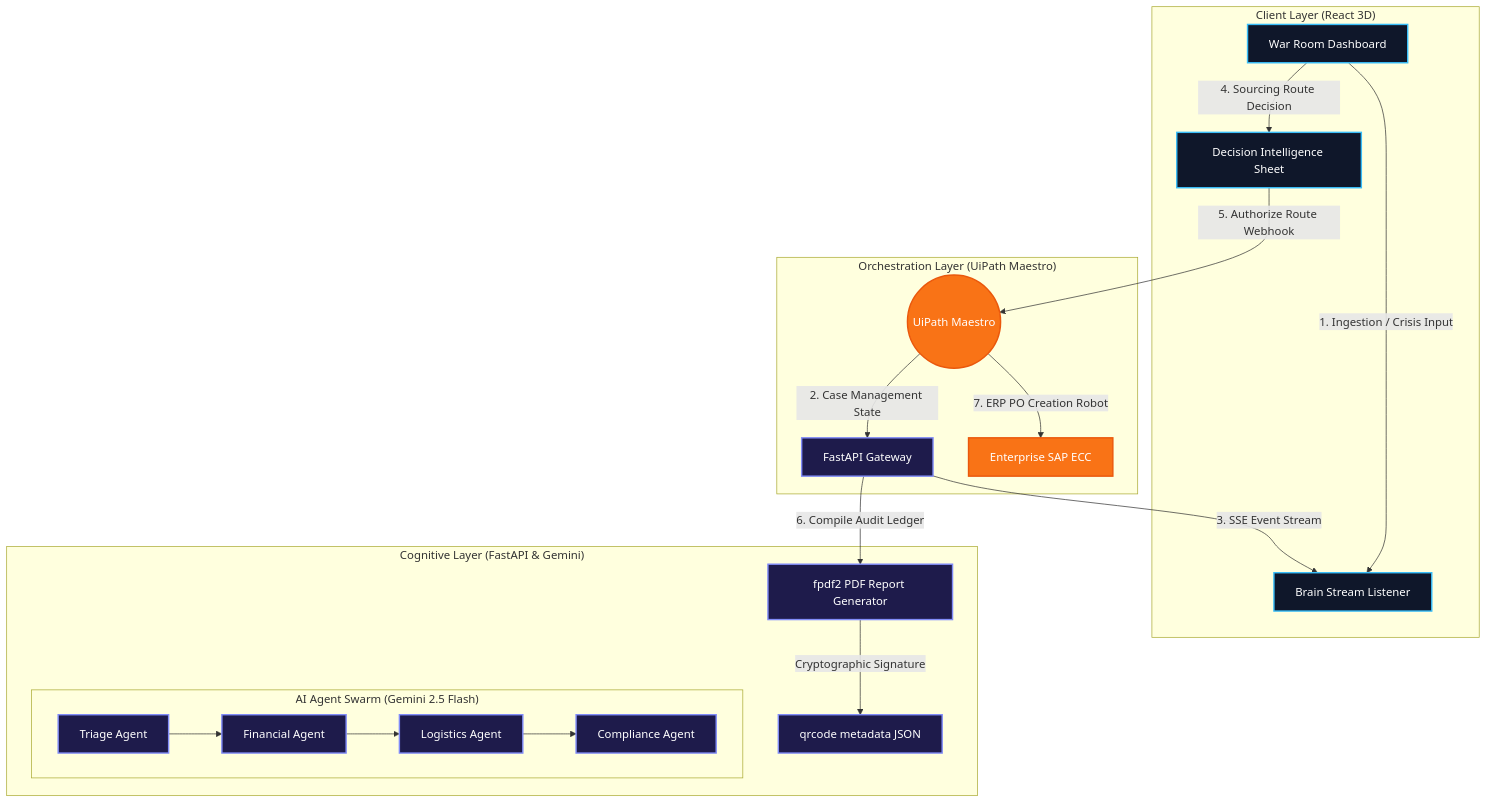
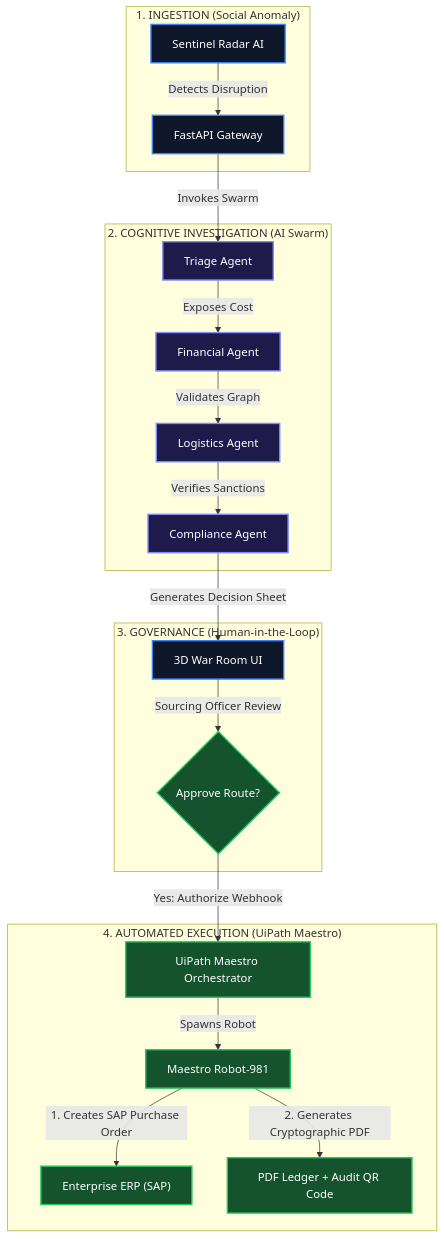
One commit to gaye-lamine/visison-ledger changed the diagram in README.md. Above: the diagram before and after it, drawn with Mermaid.

Commit message:
docs: restructure system architecture diagram in README for absolute clarity

````diff
--- a/README.md
+++ b/README.md
@@ -19,31 +19,38 @@
 ```mermaid
-graph TD
-    subgraph "Client Layer (React 3D)"
-        UI["War Room Dashboard"] -->|1. Ingestion / Crisis Input| SSE["Brain Stream Listener"]
-        UI -->|4. Sourcing Route Decision| HITL["Decision Intelligence Sheet"]
+flowchart TD
+    %% 1. Ingestion
+    subgraph Ingestion ["1. INGESTION (Social Anomaly)"]
+        Radar["Sentinel Radar AI"] -->|Detects Disruption| API["FastAPI Gateway"]
     end
 
-    subgraph "Orchestration Layer (UiPath Maestro)"
-        Maestro(("UiPath Maestro")) -->|2. Case Management State| API
-        HITL -->|5. Authorize Route Webhook| Maestro
-        Maestro -->|7. ERP PO Creation Robot| SAP["Enterprise SAP ECC"]
+    %% 2. Cognitive Analysis
+    subgraph Cognition ["2. COGNITIVE INVESTIGATION (AI Swarm)"]
+        API -->|Invokes Swarm| Triage["Triage Agent"]
+        Triage -->|Exposes Cost| Finance["Financial Agent"]
+        Finance -->|Validates Graph| Logistics["Logistics Agent"]
+        Logistics -->|Verifies Sanctions| Compliance["Compliance Agent"]
     end
 
-    subgraph "Cognitive Layer (FastAPI & Gemini)"
-        API["FastAPI Gateway"] -->|3. SSE Event Stream| SSE
-        API -->|6. Compile Audit Ledger| PDF["fpdf2 PDF Report Generator"]
-        PDF -->|Cryptographic Signature| QR["qrcode metadata JSON"]
-        
-        subgraph "AI Agent Swarm (Gemini 2.5 Flash)"
-            T["Triage Agent"] --> F["Financial Agent"] --> L["Logistics Agent"] --> C["Compliance Agent"]
-        end
+    %% 3. Human Approval
+    subgraph Approval ["3. GOVERNANCE (Human-in-the-Loop)"]
+        Compliance -->|Generates Decision Sheet| Dashboard["3D War Room UI"]
+        Dashboard -->|Sourcing Officer Review| HITL{"Approve Route?"}
     end
 
-    classDef ui fill:#0f172a,stroke:#38bdf8,stroke-width:2px,color:#fff;
-    classDef maestro fill:#f97316,stroke:#ea580c,stroke-width:2px,color:#fff;
-    classDef cognitive fill:#1e1b4b,stroke:#818cf8,stroke-width:2px,color:#fff;
+    %% 4. Robotic Execution
+    subgraph Execution ["4. AUTOMATED EXECUTION (UiPath Maestro)"]
+        HITL -->|Yes: Authorize Webhook| Maestro["UiPath Maestro Orchestrator"]
+        Maestro -->|Spawns Robot| Robot["Maestro Robot-981"]
+        Robot -->|1. Creates SAP Purchase Order| SAP["Enterprise ERP (SAP)"]
+        Robot -->|2. Generates Cryptographic PDF| PDF["PDF Ledger + Audit QR Code"]
+    end
+
+    %% Styling
+    classDef step fill:#0f172a,stroke:#3b82f6,stroke-width:2px,color:#fff;
+    classDef highlight fill:#1e1b4b,stroke:#818cf8,stroke-width:2px,color:#fff;
+    classDef execute fill:#14532d,stroke:#22c55e,stroke-width:2px,color:#fff;
     
-    class UI,HITL,SSE ui;
-    class Maestro,SAP maestro;
-    class API,T,F,L,C,PDF,QR cognitive;
+    class Radar,API,Dashboard step;
+    class Triage,Finance,Logistics,Compliance highlight;
+    class Maestro,Robot,SAP,PDF,HITL execute;
 ```
````
